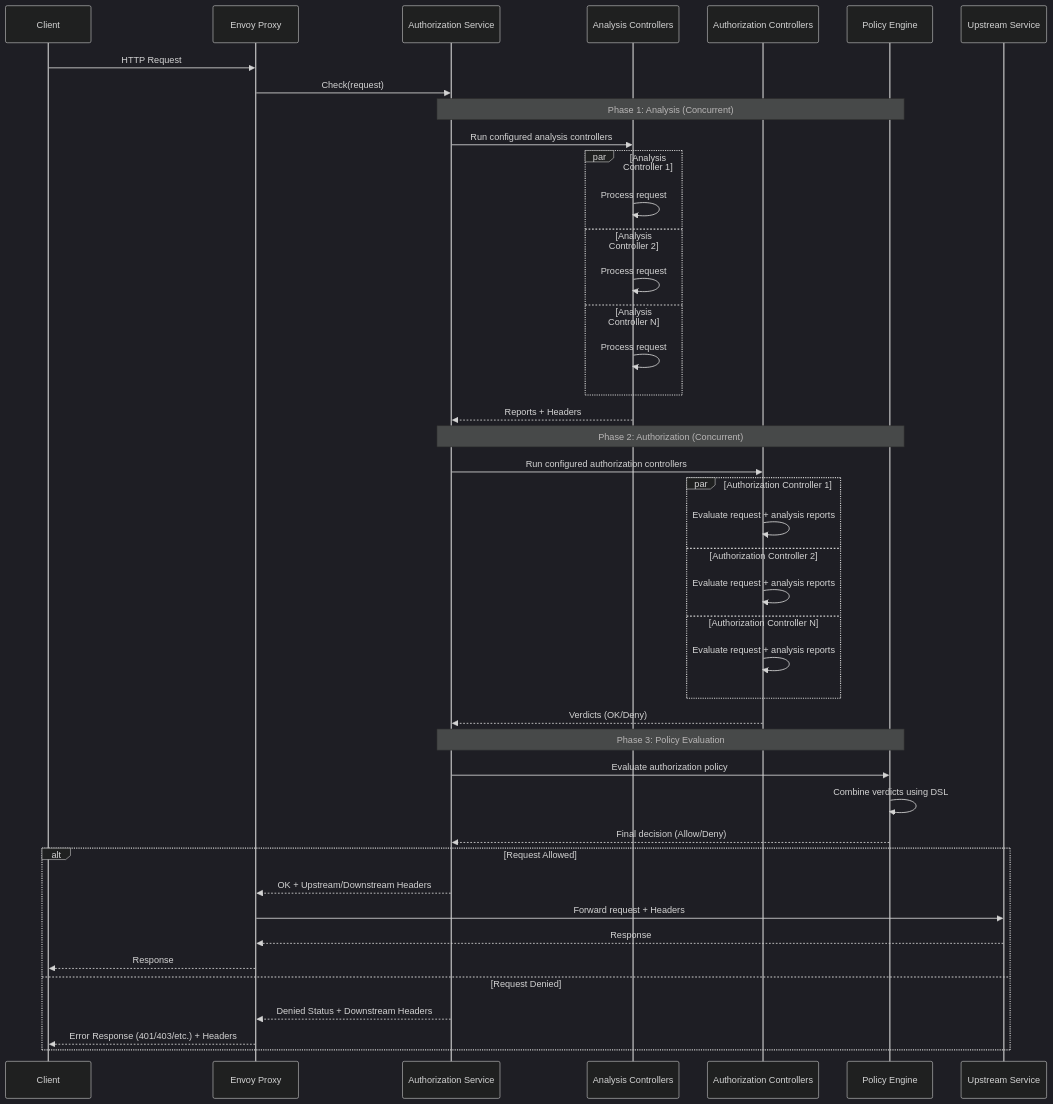
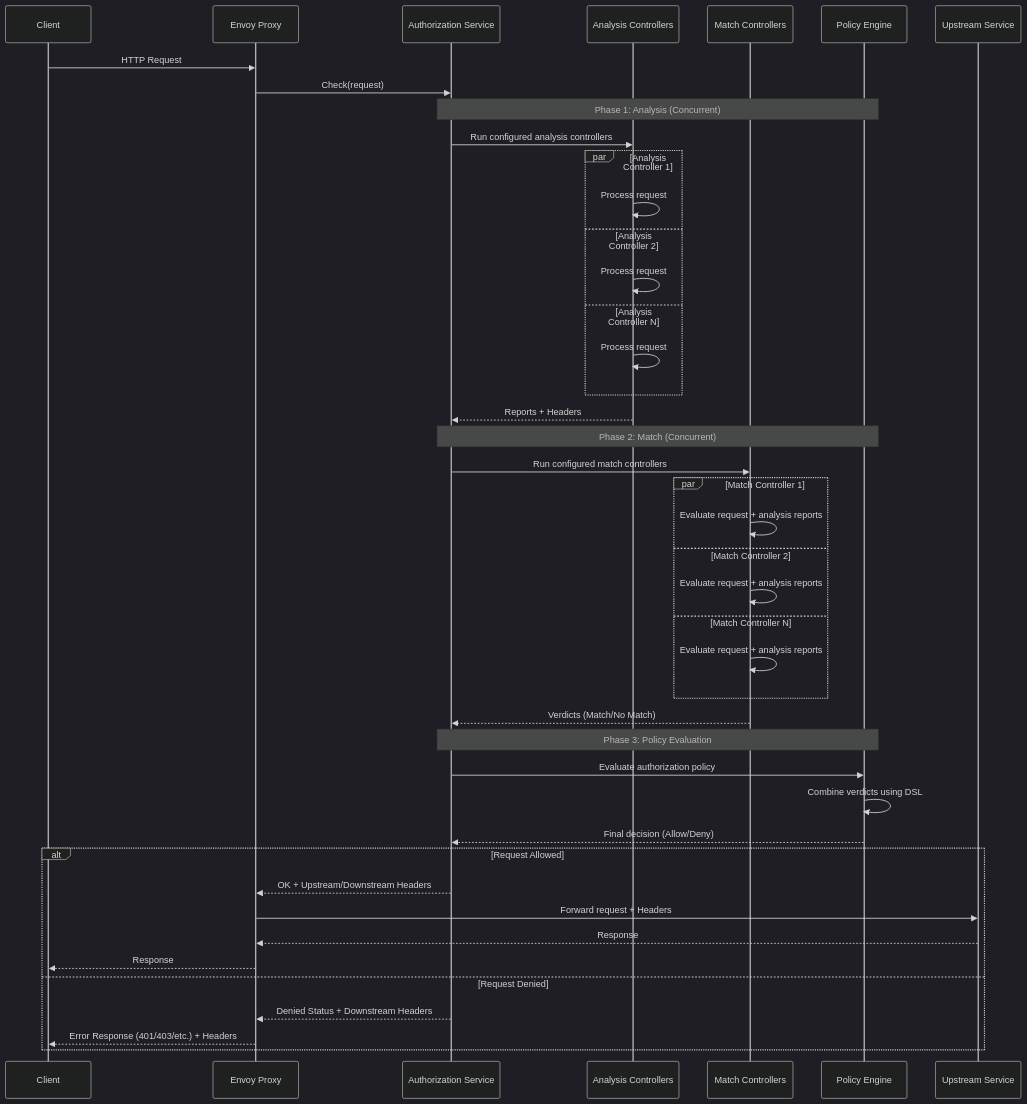
The diagram in Readme.md (gtriggiano/envoy-authorization-service), drawn with Mermaid (dark theme) before and after one commit. The commit also changed other lines of this file and 78 other files, not shown here.

First line of the commit message:
refactor!: rename authorization controllers to match controllers with boolean verdict model (#3)

````diff
--- a/Readme.md
+++ b/Readme.md
@@ -34,50 +34,50 @@
 ```mermaid
 sequenceDiagram
     participant Client
     participant Envoy as Envoy Proxy
     participant AuthService as Authorization Service
     participant Analysis as Analysis Controllers
-    participant AuthZ as Authorization Controllers
+    participant AuthZ as Match Controllers
     participant Policy as Policy Engine
     participant Upstream as Upstream Service
 
     Client->>Envoy: HTTP Request
     Envoy->>AuthService: Check(request)
     
     Note over AuthService,Policy: Phase 1: Analysis (Concurrent)
     AuthService->>Analysis: Run configured analysis controllers
     par Analysis Controller 1
         Analysis->>Analysis: Process request
     and Analysis Controller 2
         Analysis->>Analysis: Process request
     and Analysis Controller N
         Analysis->>Analysis: Process request
     end
     Analysis-->>AuthService: Reports + Headers
     
-    Note over AuthService,Policy: Phase 2: Authorization (Concurrent)
-    AuthService->>AuthZ: Run configured authorization controllers
-    par Authorization Controller 1
+    Note over AuthService,Policy: Phase 2: Match (Concurrent)
+    AuthService->>AuthZ: Run configured match controllers
+    par Match Controller 1
         AuthZ->>AuthZ: Evaluate request + analysis reports
-    and Authorization Controller 2
+    and Match Controller 2
         AuthZ->>AuthZ: Evaluate request + analysis reports
-    and Authorization Controller N
+    and Match Controller N
         AuthZ->>AuthZ: Evaluate request + analysis reports
     end
-    AuthZ-->>AuthService: Verdicts (OK/Deny)
+    AuthZ-->>AuthService: Verdicts (Match/No Match)
     
     Note over AuthService,Policy: Phase 3: Policy Evaluation
     AuthService->>Policy: Evaluate authorization policy
     Policy->>Policy: Combine verdicts using DSL
     Policy-->>AuthService: Final decision (Allow/Deny)
     
     alt Request Allowed
         AuthService-->>Envoy: OK + Upstream/Downstream Headers
         Envoy->>Upstream: Forward request + Headers
         Upstream-->>Envoy: Response
         Envoy-->>Client: Response
     else Request Denied
         AuthService-->>Envoy: Denied Status + Downstream Headers
         Envoy-->>Client: Error Response (401/403/etc.) + Headers
     end
 ```
````
